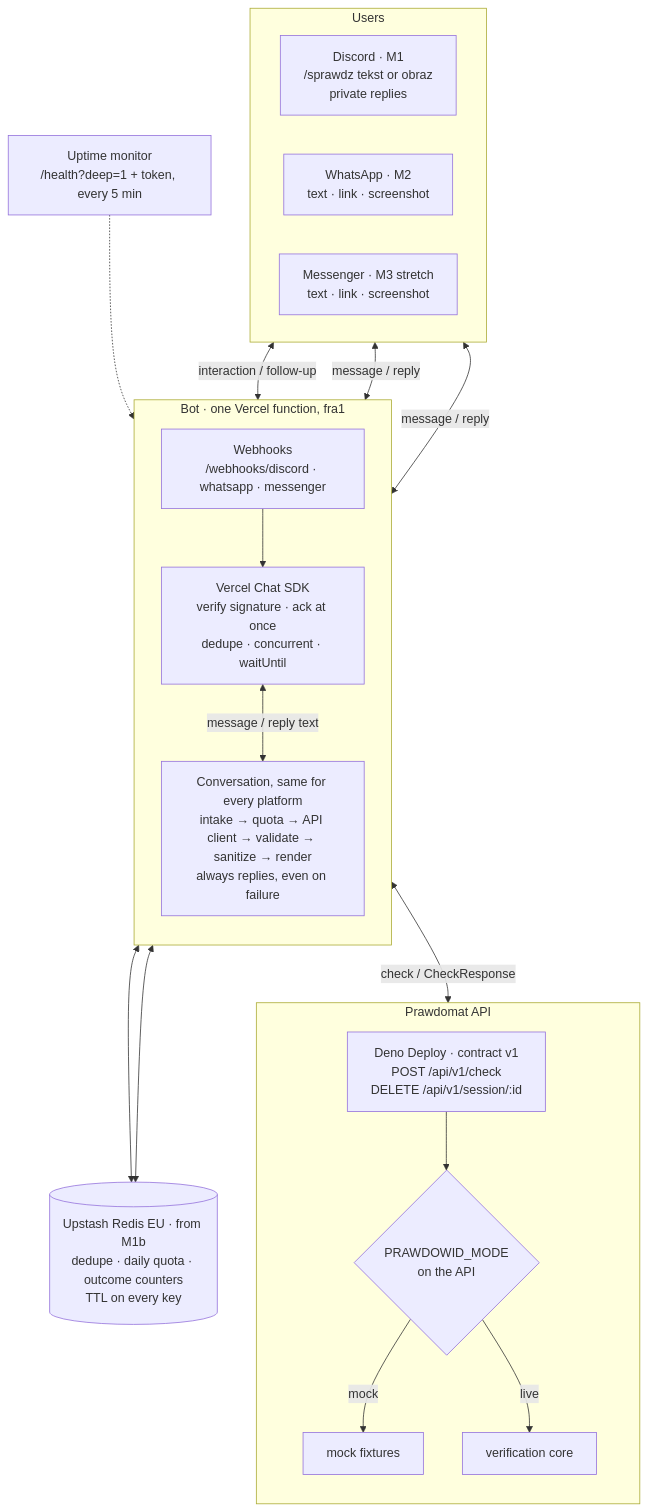
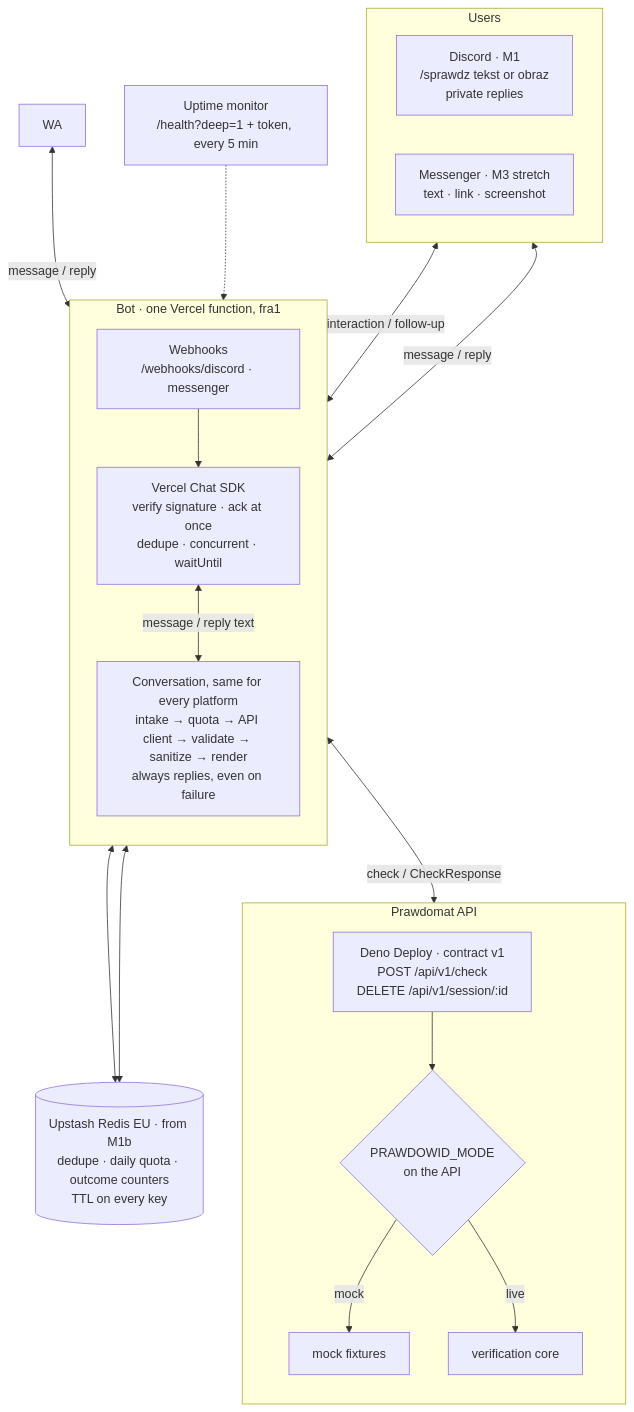
One commit to MuchaSsak/prawowid changed the diagram in .agents/project-info/architecture/messaging-bot.md. Above: the diagram before and after it, drawn with Mermaid. The commit also changed other lines of this file and 44 other files, not shown here.

First line of the commit message:
feat: drop WhatsApp everywhere, privacy page matches the code

````diff
--- a/.agents/project-info/architecture/messaging-bot.md
+++ b/.agents/project-info/architecture/messaging-bot.md
@@ -5,40 +6,39 @@
 ```mermaid
 flowchart TB
   subgraph U["Users"]
     direction LR
     DC["Discord · M1<br/>/sprawdz tekst or obraz<br/>private replies"]
-    WA["WhatsApp · M2<br/>text · link · screenshot"]
     MS["Messenger · M3 stretch<br/>text · link · screenshot"]
   end
 
   subgraph V["Bot · one Vercel function, fra1"]
     direction TB
-    WH["Webhooks<br/>/webhooks/discord · whatsapp · messenger"]
+    WH["Webhooks<br/>/webhooks/discord · messenger"]
     SDK["Vercel Chat SDK<br/>verify signature · ack at once<br/>dedupe · concurrent · waitUntil"]
     CONV["Conversation, same for every platform<br/>intake → quota → API client → validate → sanitize → render<br/>always replies, even on failure"]
   end
 
   R[("Upstash Redis EU · from M1b<br/>dedupe · daily quota · outcome counters<br/>TTL on every key")]
   MON["Uptime monitor<br/>/health?deep=1 + token, every 5 min"]
 
   subgraph API["Prawdomat API"]
     direction TB
     CHK["Deno Deploy · contract v1<br/>POST /api/v1/check<br/>DELETE /api/v1/session/:id"]
     MODE{"PRAWDOWID_MODE<br/>on the API"}
     MOCK["mock fixtures"]
     CORE["verification core"]
   end
 
   DC <-- "interaction / follow-up" --> WH
   WA <-- "message / reply" --> WH
   MS <-- "message / reply" --> WH
   WH --> SDK
   SDK <--> R
   SDK <-- "message / reply text" --> CONV
   CONV <--> R
   CONV <-- "check / CheckResponse" --> CHK
   MON -.-> WH
   CHK --> MODE
   MODE -- "mock" --> MOCK
   MODE -- "live" --> CORE
 ```
````
